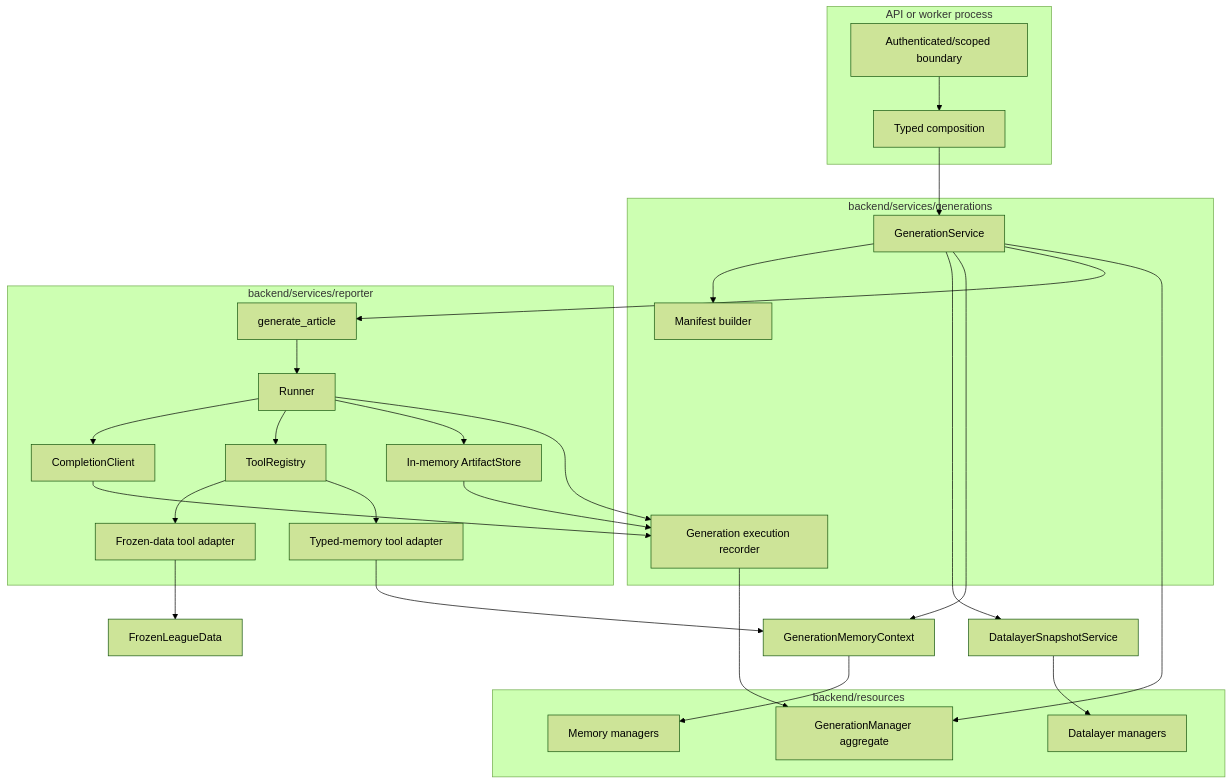
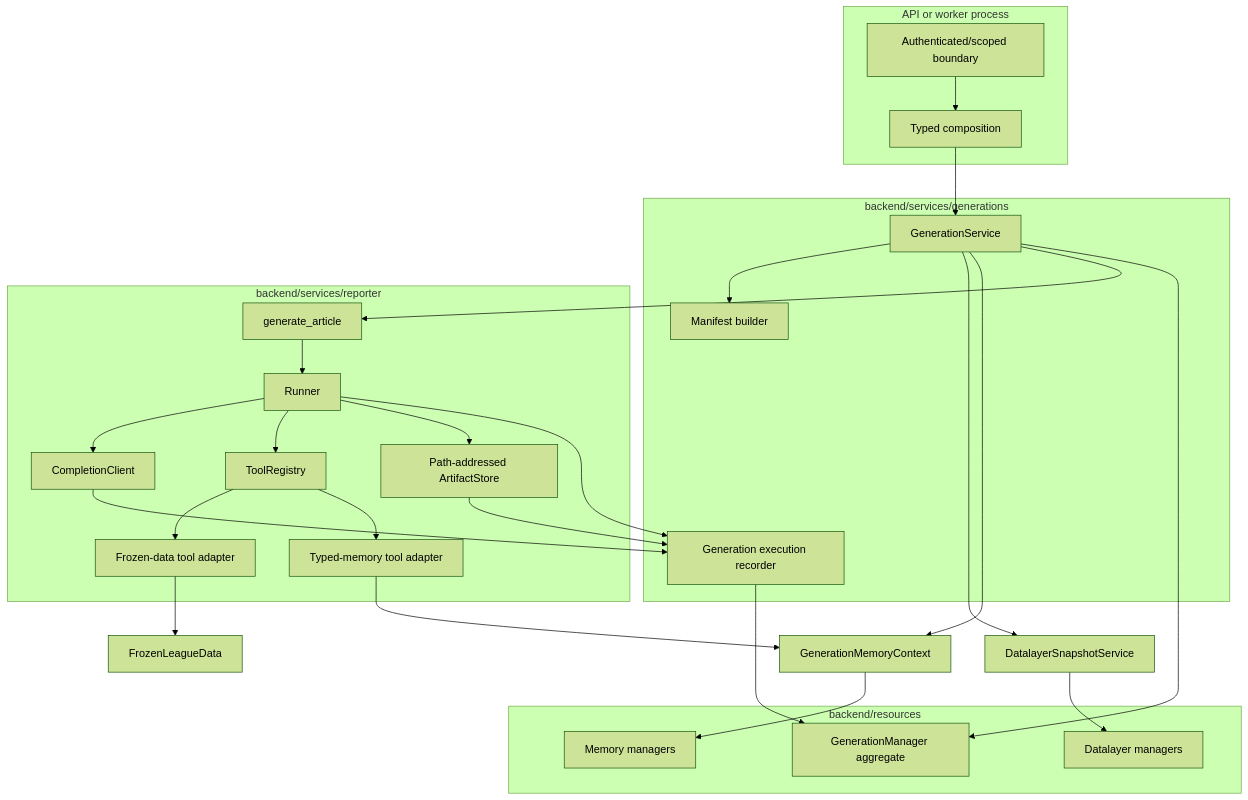
Before and after one commit to maxwn04/AIdamShefter-v2: the diagram in docs/generation/architecture.md, drawn with Mermaid (forest theme). The commit also changed other lines of this file and 10 other files, not shown here.

````diff
--- a/docs/generation/architecture.md
+++ b/docs/generation/architecture.md
@@ -18,48 +18,48 @@
 ```mermaid
 flowchart TB
     subgraph Process["API or worker process"]
         Boundary["Authenticated/scoped boundary"]
         Composition["Typed composition"]
     end
 
     subgraph Workflow["backend/services/generations"]
         Service["GenerationService"]
         Manifest["Manifest builder"]
         Recorder["Generation execution recorder"]
     end
 
     subgraph Reporter["backend/services/reporter"]
         Generator["generate_article"]
         Runner["Runner"]
         Completion["CompletionClient"]
         Registry["ToolRegistry"]
-        ArtifactState["In-memory ArtifactStore"]
+        ArtifactState["Path-addressed ArtifactStore"]
         DataTools["Frozen-data tool adapter"]
         MemoryTools["Typed-memory tool adapter"]
     end
 
     subgraph Resources["backend/resources"]
         GenerationManager["GenerationManager aggregate"]
         MemoryManagers["Memory managers"]
         SnapshotManager["Datalayer managers"]
     end
 
     Boundary --> Composition --> Service
     Service --> Manifest
     Service --> SnapshotService["DatalayerSnapshotService"]
     Service --> MemoryContext["GenerationMemoryContext"]
     Service --> Generator
     Generator --> Runner
     Runner --> Completion
     Runner --> Registry
     Runner --> ArtifactState
     Registry --> DataTools --> Frozen["FrozenLeagueData"]
     Registry --> MemoryTools --> MemoryContext
     Completion --> Recorder
     Runner --> Recorder
     ArtifactState --> Recorder
     Recorder --> GenerationManager
     Service --> GenerationManager
     SnapshotService --> SnapshotManager
     MemoryContext --> MemoryManagers
 ```
````
